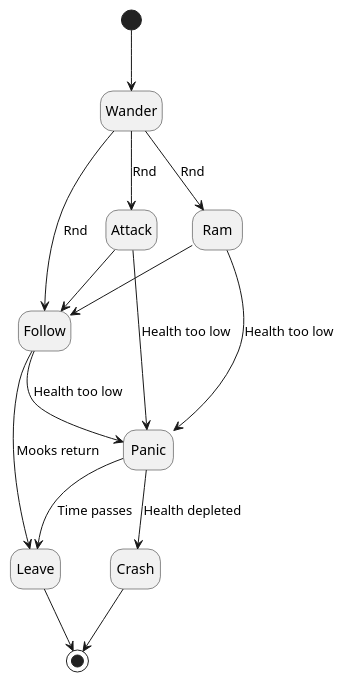
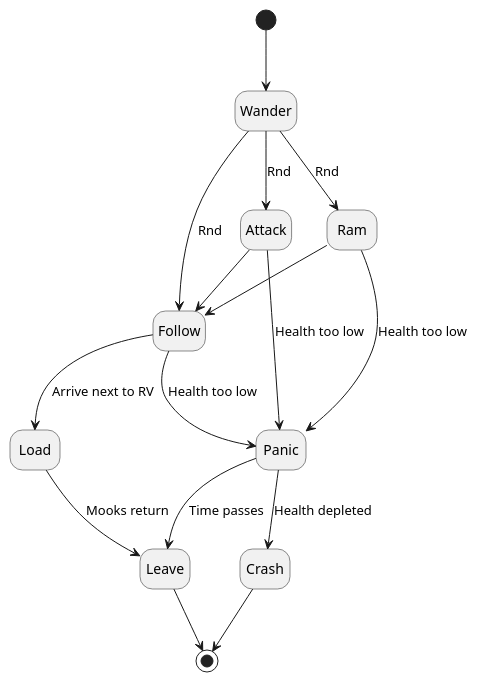
One commit to OutOfHandInteractive/RaiderRoad changed the diagram in RaiderRoad/Assets/Scripts/docs/VehicleAI_States.puml. Above: the diagram before and after it, drawn with PlantUML. The commit also changed 1 other file, not shown here.

```diff
--- a/RaiderRoad/Assets/Scripts/docs/VehicleAI_States.puml
+++ b/RaiderRoad/Assets/Scripts/docs/VehicleAI_States.puml
@@ -1,23 +1,24 @@
 @startuml
 hide empty description
 '' Enemy AI State Diagram
 
 [*] --> Wander
 Wander --> Ram : Rnd
 Wander --> Follow : Rnd
 Wander --> Attack : Rnd
 
 Ram --> Panic : Health too low
 Follow --> Panic : Health too low
 Attack --> Panic : Health too low
 
 Ram --> Follow
 Attack --> Follow
-Follow --> Leave : Mooks return
+Follow --> Load : Arrive next to RV
+Load --> Leave : Mooks return
 
 Panic --> Crash : Health depleted
 Panic --> Leave : Time passes
 
 Leave --> [*]
 Crash --> [*]
 @enduml
```
